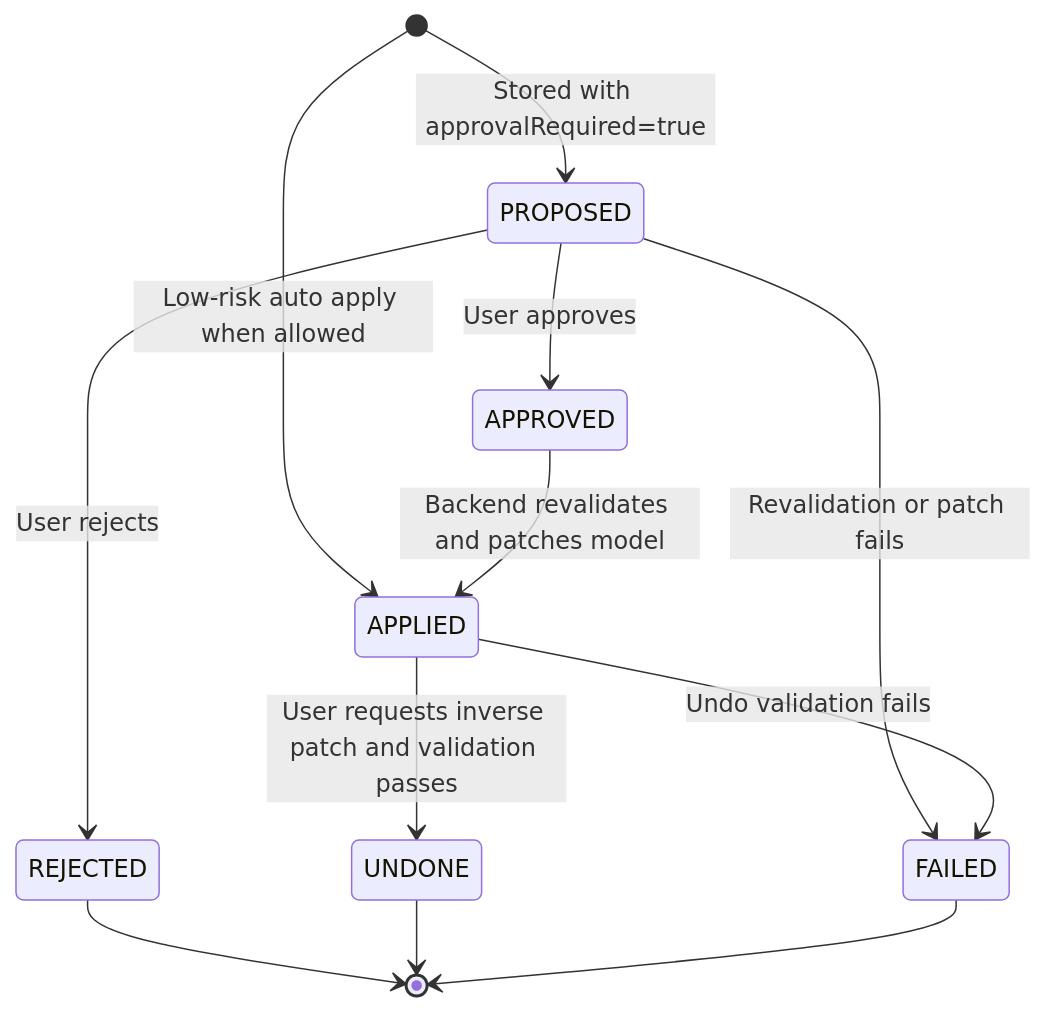
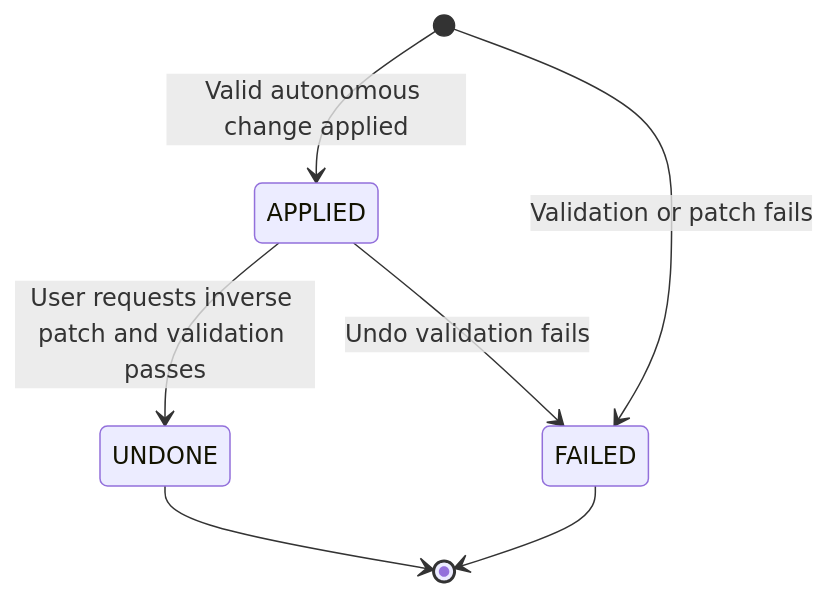
Before and after one commit to mehdieidi/modriss: the second of 4 diagrams in docs/diagrams/15-ai-assistant-turn-and-proposal.md, drawn with Mermaid. The commit also changed other lines of this file and 46 other files, not shown here.

````diff
--- a/docs/diagrams/15-ai-assistant-turn-and-proposal.md
+++ b/docs/diagrams/15-ai-assistant-turn-and-proposal.md
@@ -43,14 +38,9 @@
 ```mermaid
 stateDiagram-v2
-    [*] --> PROPOSED: Stored with approvalRequired=true
-    [*] --> APPLIED: Low-risk auto apply when allowed
-    PROPOSED --> APPROVED: User approves
-    APPROVED --> APPLIED: Backend revalidates and patches model
-    PROPOSED --> REJECTED: User rejects
-    PROPOSED --> FAILED: Revalidation or patch fails
+    [*] --> APPLIED: Valid autonomous change applied
+    [*] --> FAILED: Validation or patch fails
     APPLIED --> UNDONE: User requests inverse patch and validation passes
     APPLIED --> FAILED: Undo validation fails
-    REJECTED --> [*]
     UNDONE --> [*]
     FAILED --> [*]
 ```
````
